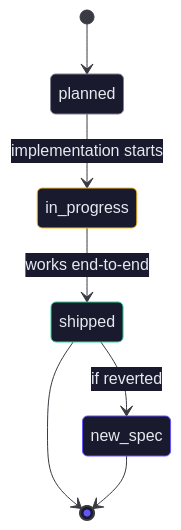
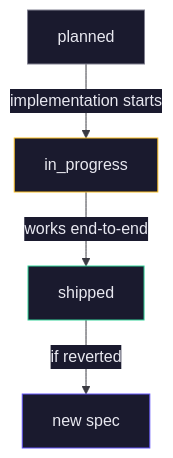
The diagram in context/progress-tracker.md (areddin409/ghost_ai), drawn with Mermaid before and after one commit. The commit also changed 3 other files, not shown here.

Commit message:
fix(vault): set mainBkg explicitly to prevent Mermaid deriving light backgrounds

````diff
--- a/context/progress-tracker.md
+++ b/context/progress-tracker.md
@@ -24,33 +24,28 @@
 ```mermaid
 %%{init: {'theme': 'base', 'themeVariables': {
   'background': '#0d0d12',
+  'mainBkg': '#1a1a2e',
   'primaryColor': '#1a1a2e',
   'primaryBorderColor': '#6457f9',
   'primaryTextColor': '#e8e8f0',
   'lineColor': '#3a3a42',
   'secondaryColor': '#1a1a2e',
   'tertiaryColor': '#0d0d12',
   'edgeLabelBackground': '#1a1a2e',
-  'transitionColor': '#3a3a42',
-  'stateBkg': '#1a1a2e',
-  'stateBorder': '#6457f9',
-  'stateTextColor': '#e8e8f0'
+  'clusterBkg': '#0d0d12'
 }}}%%
-stateDiagram-v2
-    [*] --> planned
-    planned --> in_progress : implementation starts
-    in_progress --> shipped : works end-to-end
-    shipped --> [*]
-    shipped --> new_spec : if reverted
-    new_spec --> [*]
+flowchart TD
+    planned["planned"]
+    in_progress["in_progress"]
+    shipped["shipped"]
+    new_spec["new spec"]
 
-    classDef muted fill:#1a1a2e,stroke:#808090,color:#e8e8f0
-    classDef active fill:#1a1a2e,stroke:#fbbf24,color:#e8e8f0
-    classDef done fill:#1a1a2e,stroke:#34d399,color:#e8e8f0
-    classDef new fill:#1a1a2e,stroke:#6457f9,color:#e8e8f0
+    planned -->|implementation starts| in_progress
+    in_progress -->|works end-to-end| shipped
+    shipped -->|if reverted| new_spec
 
-    class planned muted
-    class in_progress active
-    class shipped done
-    class new_spec new
+    style planned fill:#1a1a2e,stroke:#808090,color:#e8e8f0
+    style in_progress fill:#1a1a2e,stroke:#fbbf24,color:#e8e8f0
+    style shipped fill:#1a1a2e,stroke:#34d399,color:#e8e8f0
+    style new_spec fill:#1a1a2e,stroke:#6457f9,color:#e8e8f0
 ```
````
